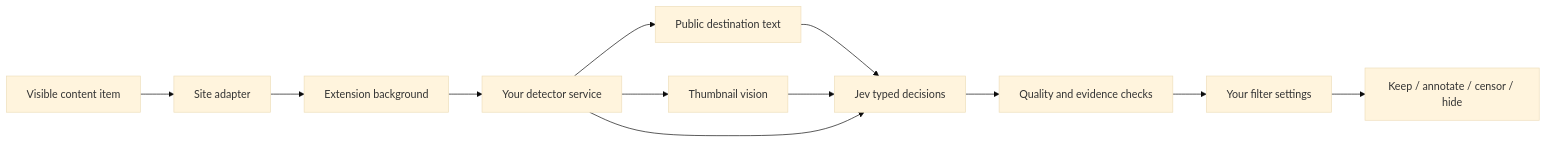
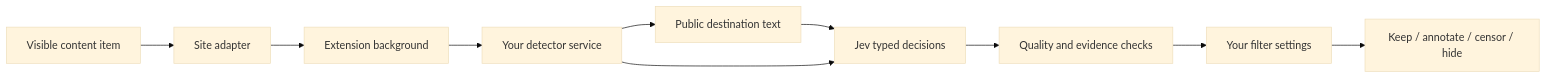
Before and after one commit to juztripper/no-slop: the diagram in README.md, drawn with Mermaid (base theme). The commit also changed other lines of this file and 46 other files, not shown here.

````diff
--- a/README.md
+++ b/README.md
@@ -77,14 +88,12 @@
 ```mermaid
 flowchart LR
   A[Visible content item] --> B[Site adapter]
   B --> C[Extension background]
   C --> D[Your detector service]
   D --> E[Public destination text]
-  D --> F[Thumbnail vision]
   E --> G[Jev typed decisions]
-  F --> G
   D --> G
   G --> H[Quality and evidence checks]
   H --> I[Your filter settings]
   I --> J[Keep / annotate / censor / hide]
 ```
````
